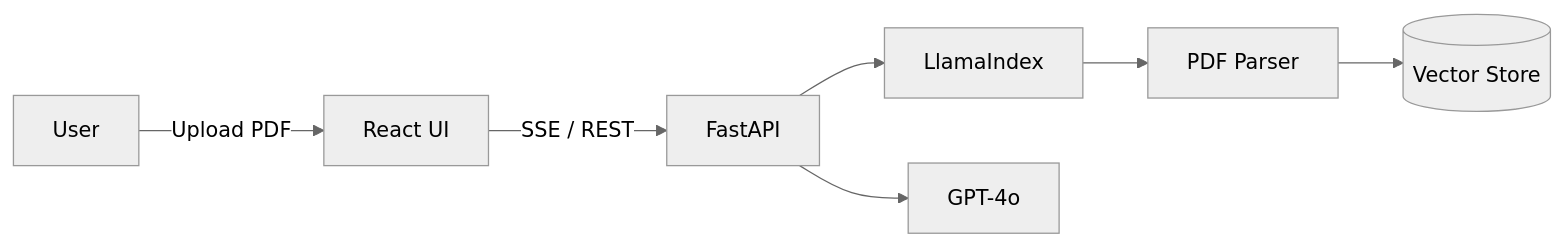
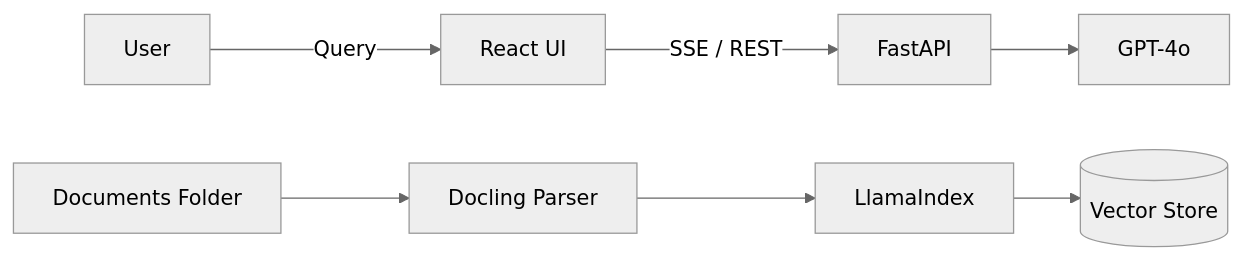
The diagram in README.md (metaphor829/RAG-Chatbot), drawn with Mermaid (neutral theme) before and after one commit. The commit also changed other lines of this file and 1 other file, not shown here.

````diff
--- a/README.md
+++ b/README.md
@@ -23,9 +26,9 @@
 ```mermaid
 graph LR
-  U[User] -->|Upload PDF| FE[React UI]
+  U[User] -->|Query| FE[React UI]
   FE -->|SSE / REST| API[FastAPI]
-  API --> IDX[LlamaIndex]
-  IDX --> DOC[PDF Parser]
-  DOC --> VDB[(Vector Store)]
+  DOCS[Documents Folder] --> DOC[Docling Parser]
+  DOC --> IDX[LlamaIndex]
+  IDX --> VDB[(Vector Store)]
   API --> LLM[GPT-4o]
 ```
````
